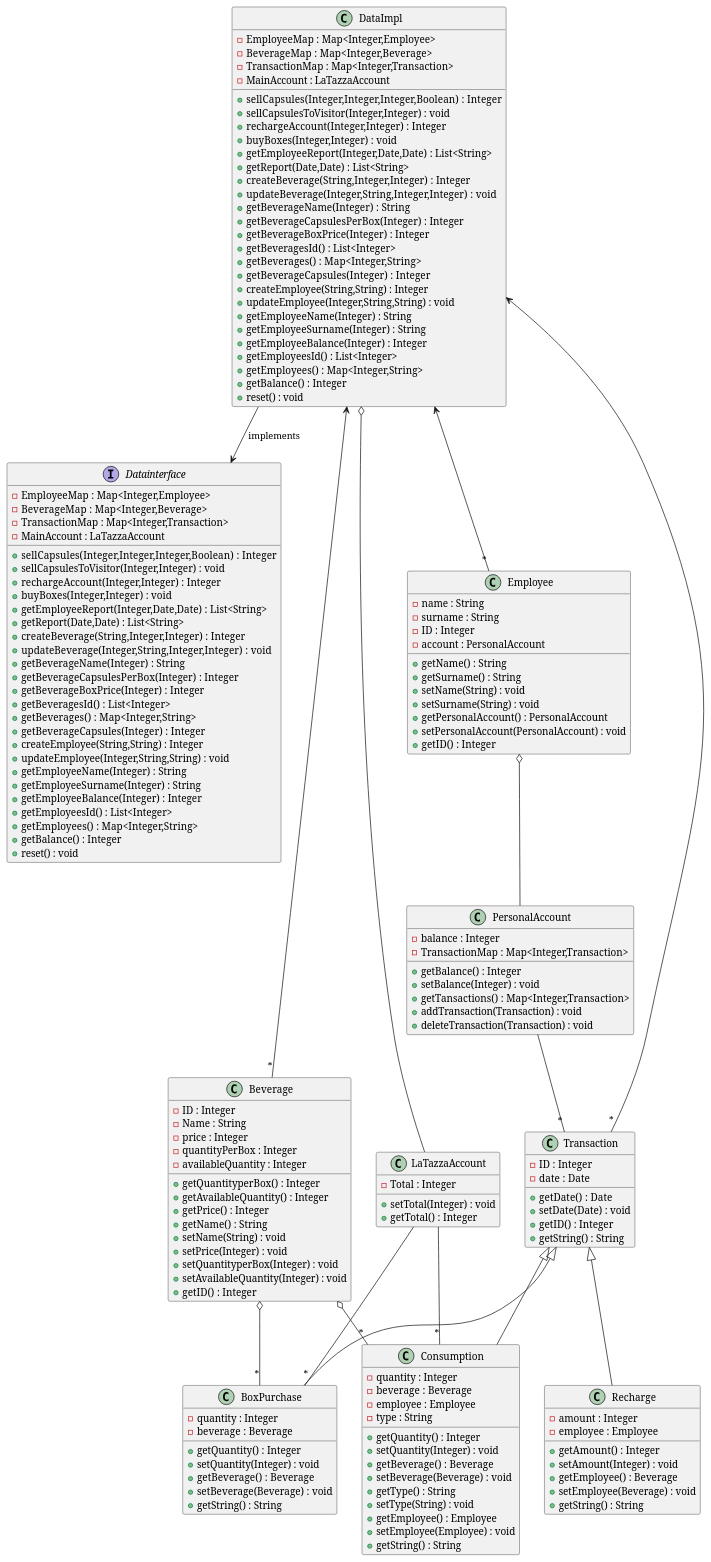
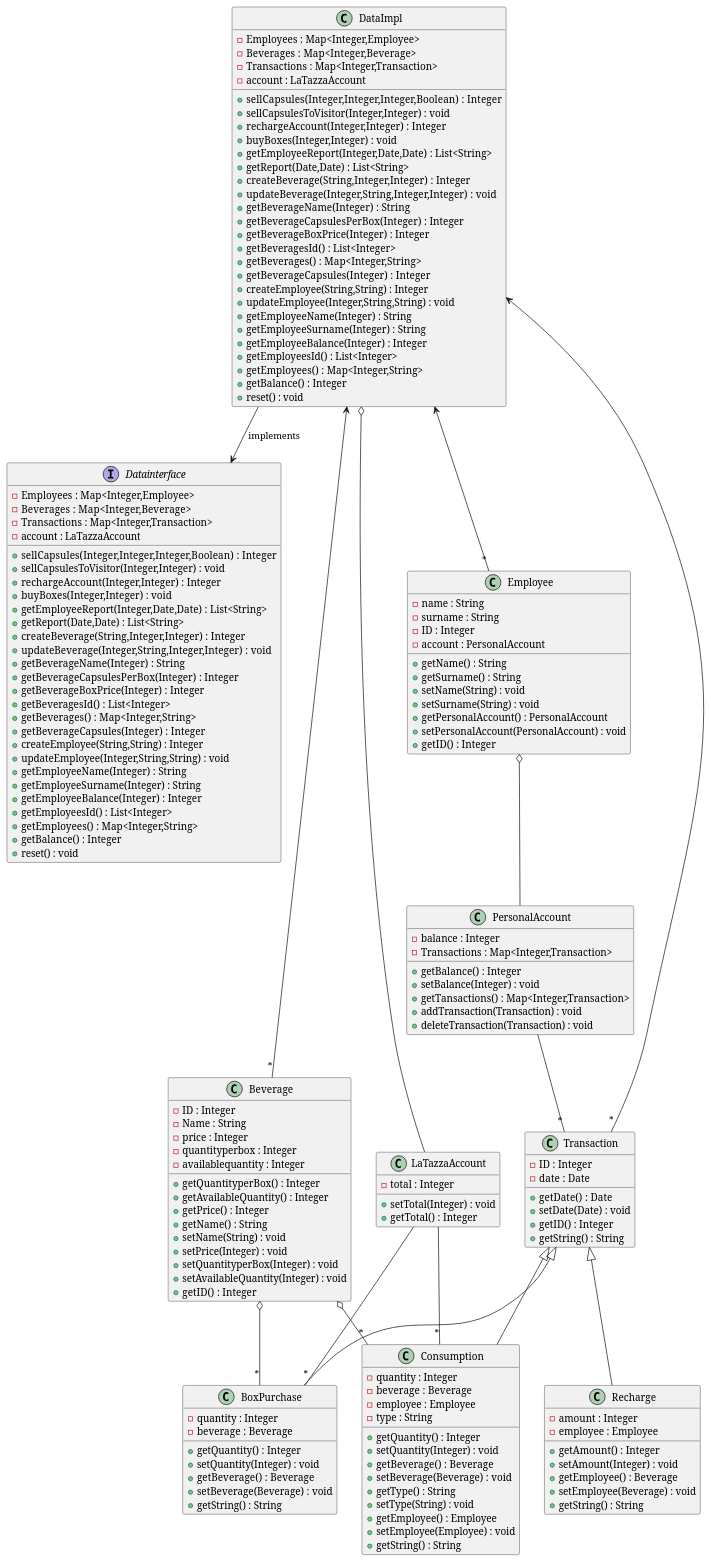
The third of 7 diagrams in templates/DesignDocumentTemplate.md (salvatore-dimartino/LaTazza), drawn with PlantUML before and after one commit. The commit also changed other lines of this file, not shown here.

```diff
--- a/templates/DesignDocumentTemplate.md
+++ b/templates/DesignDocumentTemplate.md
@@ -76,10 +76,10 @@
 allowmixing
 
 interface Datainterface {
-    -EmployeeMap : Map<Integer,Employee>
-    -BeverageMap : Map<Integer,Beverage>
-    -TransactionMap : Map<Integer,Transaction>
-    -MainAccount : LaTazzaAccount
+    -Employees : Map<Integer,Employee>
+    -Beverages : Map<Integer,Beverage>
+    -Transactions : Map<Integer,Transaction>
+    -account : LaTazzaAccount
     
     +sellCapsules(Integer,Integer,Integer,Boolean) : Integer
     +sellCapsulesToVisitor(Integer,Integer) : void
@@ -108,10 +108,10 @@
 
 class DataImpl {
 
-    -EmployeeMap : Map<Integer,Employee>
-    -BeverageMap : Map<Integer,Beverage>
-    -TransactionMap : Map<Integer,Transaction>
-    -MainAccount : LaTazzaAccount
+    -Employees : Map<Integer,Employee>
+    -Beverages : Map<Integer,Beverage>
+    -Transactions : Map<Integer,Transaction>
+    -account : LaTazzaAccount
     
     +sellCapsules(Integer,Integer,Integer,Boolean) : Integer
     +sellCapsulesToVisitor(Integer,Integer) : void
@@ -142,7 +142,7 @@
 
 class PersonalAccount {
     -balance : Integer
-    -TransactionMap : Map<Integer,Transaction>
+    -Transactions : Map<Integer,Transaction>
     
     +getBalance() : Integer
     +setBalance(Integer) : void
@@ -152,7 +152,7 @@
 }
 
 class LaTazzaAccount {
-    -Total : Integer
+    -total : Integer
     
     +setTotal(Integer) : void
     +getTotal() : Integer
@@ -177,8 +177,8 @@
     -ID : Integer
     -Name : String
     -price : Integer
-    -quantityPerBox : Integer
-    -availableQuantity : Integer
+    -quantityperbox : Integer
+    -availablequantity : Integer
     
     +getQuantityperBox() : Integer
     +getAvailableQuantity() : Integer
```
